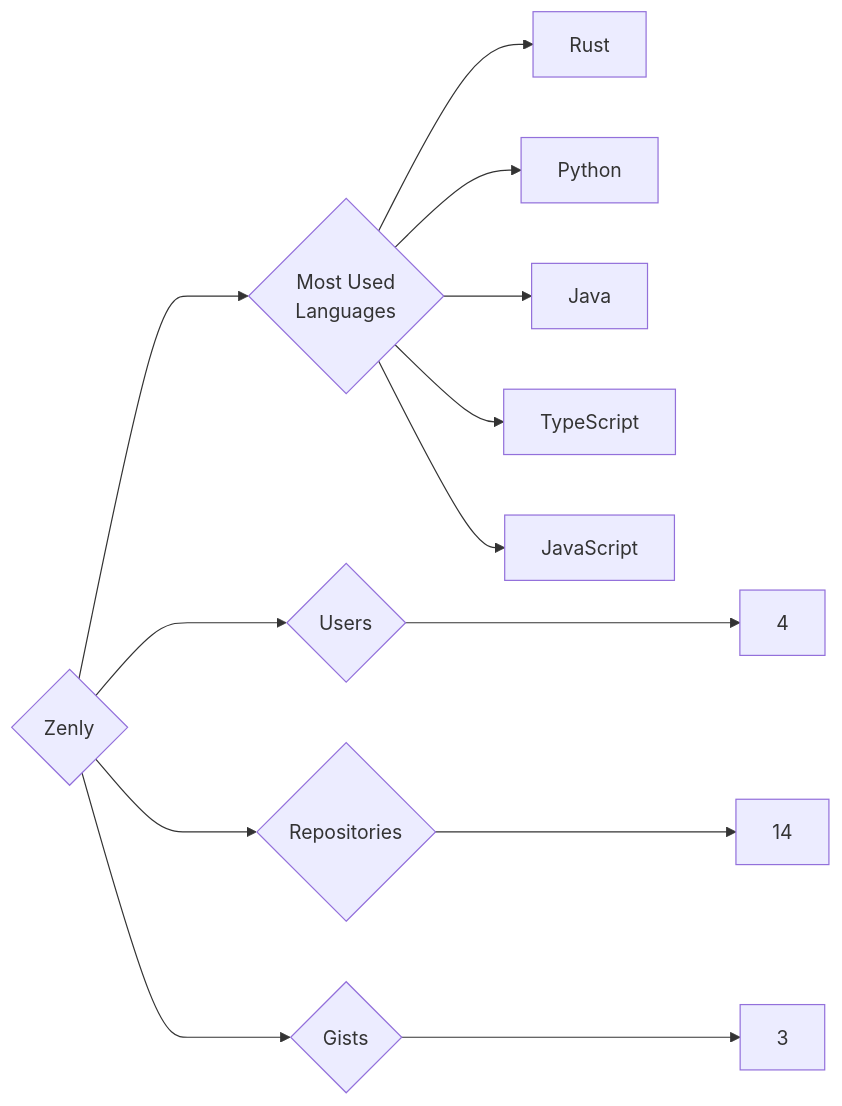
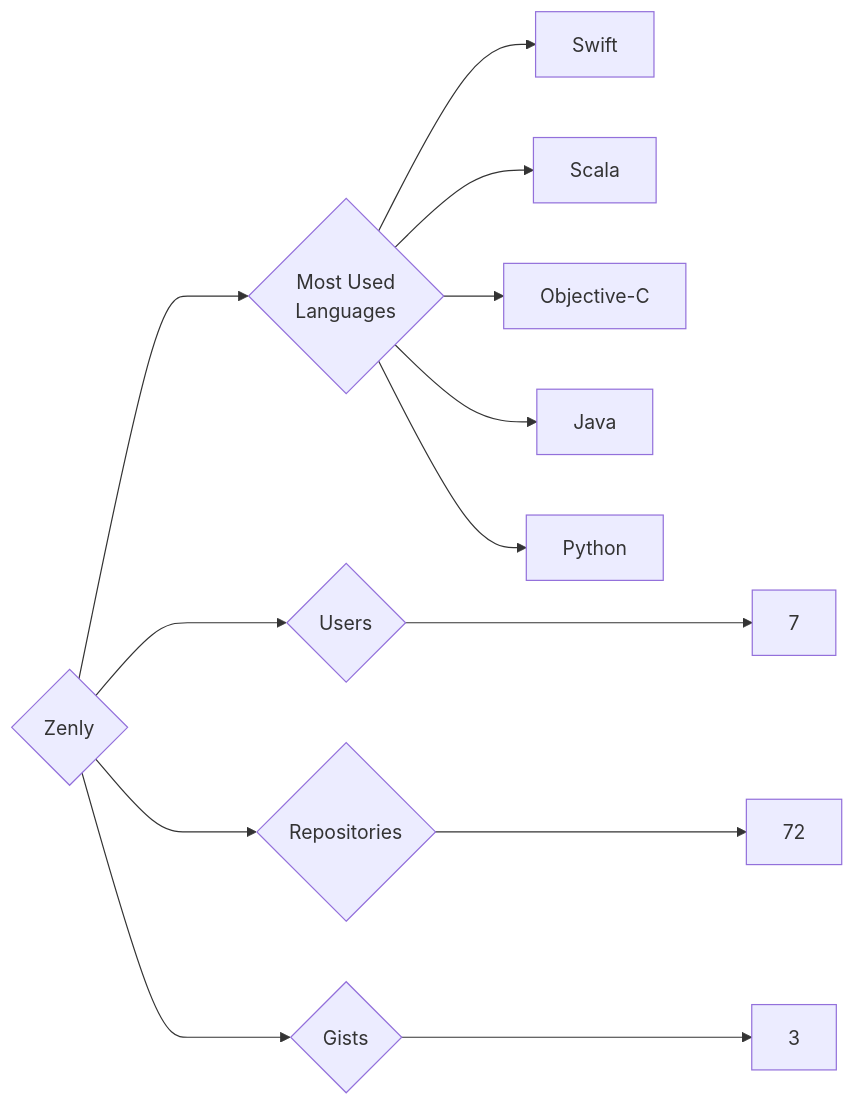
Before and after one commit to trickest/insiders: the diagram in targets/Zenly/README.md, drawn with Mermaid. The commit also changed 1508 other files, not shown here.

````diff
--- a/targets/Zenly/README.md
+++ b/targets/Zenly/README.md
@@ -3,13 +3,13 @@
 ```mermaid
 graph LR
 COMPANY_NAME{Zenly}
-COMPANY_NAME ---> U{Users} ---> UN[4]
-COMPANY_NAME ---> R{Repositories} ---> RN[14]
+COMPANY_NAME ---> U{Users} ---> UN[7]
+COMPANY_NAME ---> R{Repositories} ---> RN[72]
 COMPANY_NAME ---> G{Gists} ---> GN[3]
 COMPANY_NAME ---> ML{Most Used<br>Languages}
-ML --> Rust[Rust]
+ML --> Swift[Swift]
+ML --> Scala[Scala]
+ML --> Objective-C[Objective-C]
+ML --> Java[Java]
 ML --> Python[Python]
-ML --> Java[Java]
-ML --> TypeScript[TypeScript]
-ML --> JavaScript[JavaScript]
 ```
````
